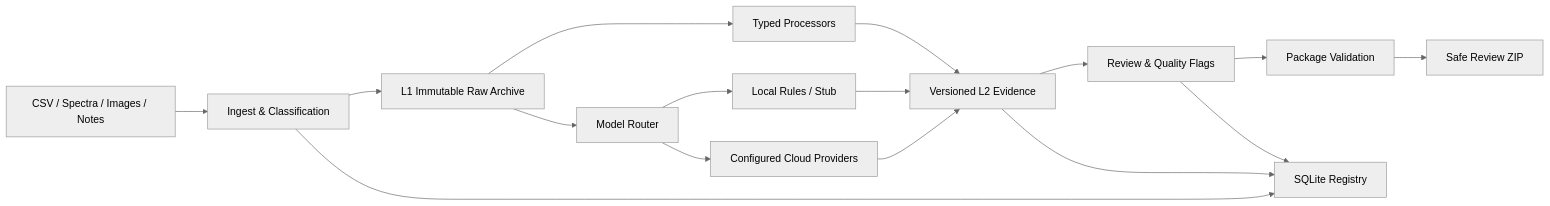
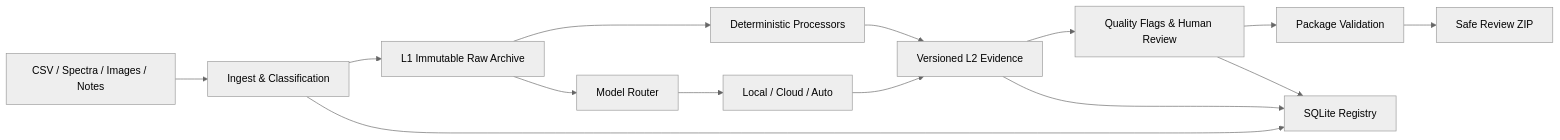
Before and after one commit to ZanderKong/material-data-agent: the diagram in README.md, drawn with Mermaid (neutral theme). The commit also changed other lines of this file and 4 other files, not shown here.

````diff
--- a/README.md
+++ b/README.md
@@ -31,18 +93,16 @@
 ```mermaid
 flowchart LR
     A["CSV / Spectra / Images / Notes"] --> B["Ingest & Classification"]
     B --> C["L1 Immutable Raw Archive"]
-    C --> D["Typed Processors"]
+    C --> D["Deterministic Processors"]
     C --> E["Model Router"]
-    E --> F["Local Rules / Stub"]
-    E --> G["Configured Cloud Providers"]
-    D --> H["Versioned L2 Evidence"]
-    F --> H
-    G --> H
-    H --> I["Review & Quality Flags"]
-    I --> J["Package Validation"]
-    J --> K["Safe Review ZIP"]
-    B --> L["SQLite Registry"]
-    H --> L
-    I --> L
+    E --> F["Local / Cloud / Auto"]
+    D --> G["Versioned L2 Evidence"]
+    F --> G
+    G --> H["Quality Flags & Human Review"]
+    H --> I["Package Validation"]
+    I --> J["Safe Review ZIP"]
+    B --> K["SQLite Registry"]
+    G --> K
+    H --> K
 ```
````
